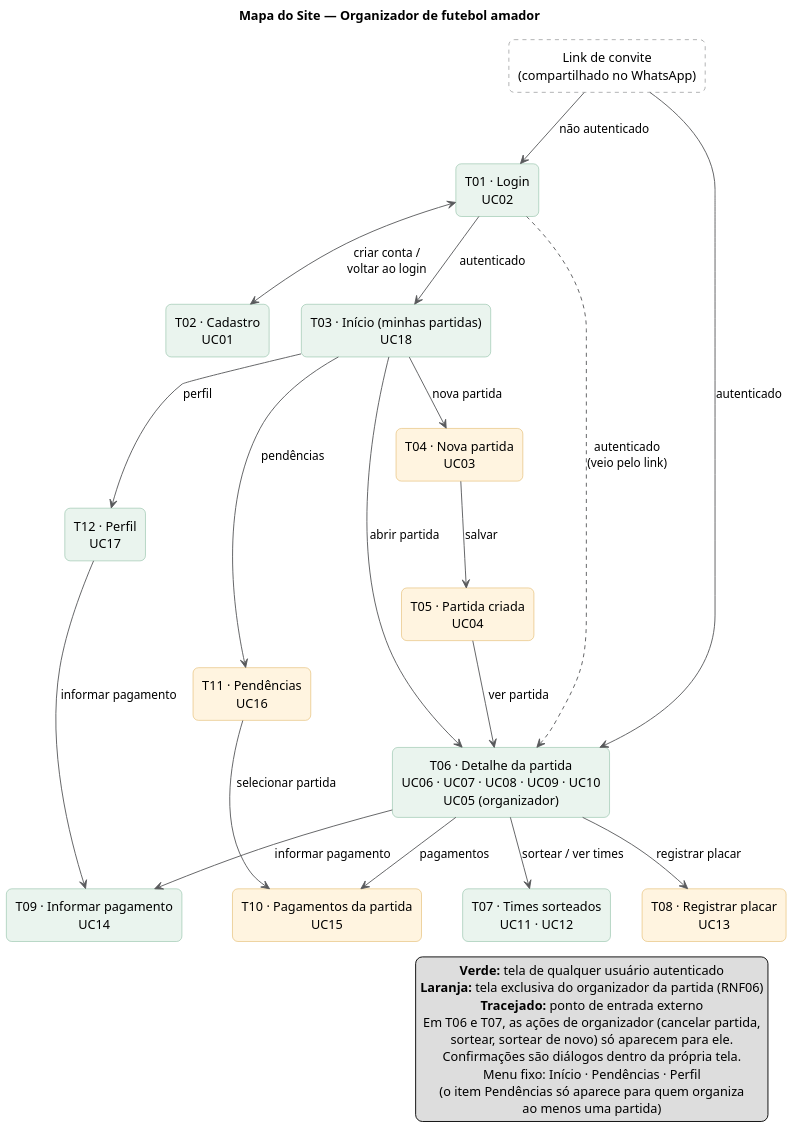
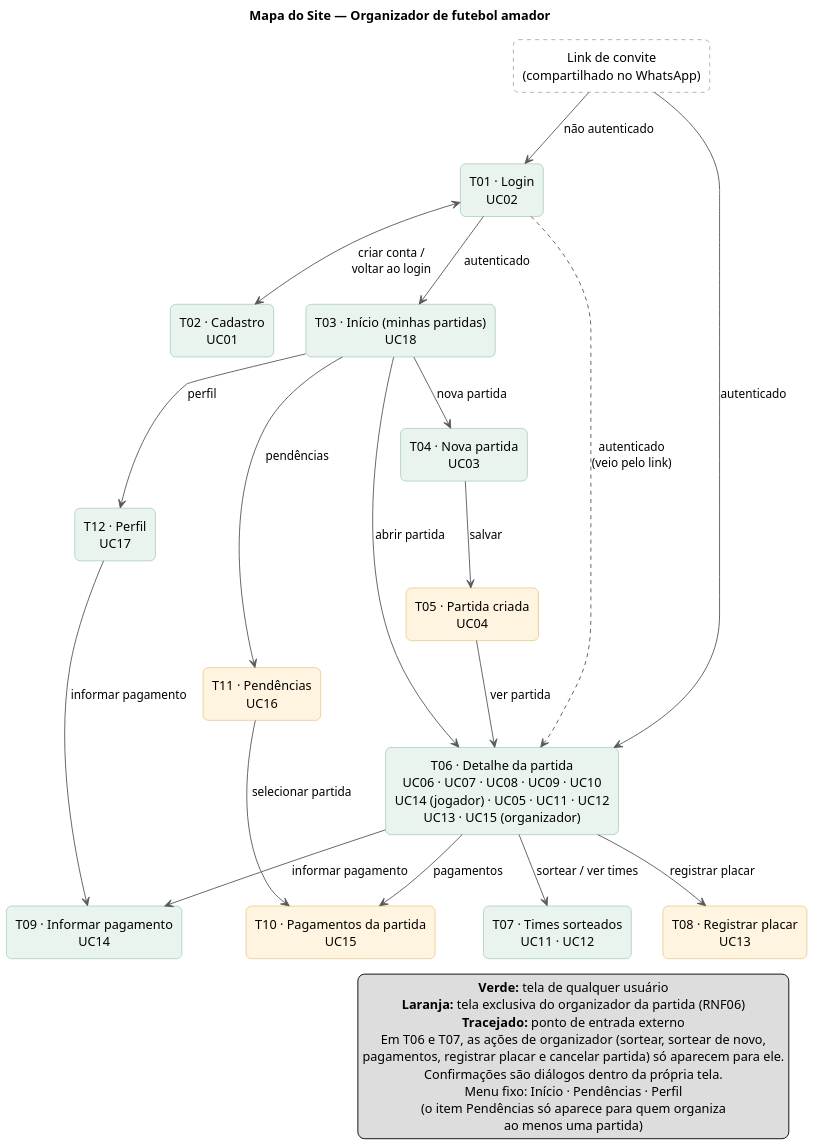
Before and after one commit to VictorAndreon/Organizador-futebol-amador: the diagram in diagramas/mapa_do_site.puml, drawn with PlantUML. The commit also changed 15 other files, not shown here.

```diff
--- a/diagramas/mapa_do_site.puml
+++ b/diagramas/mapa_do_site.puml
@@ -1,81 +1,81 @@
 @startuml mapa_do_site
 title Mapa do Site — Organizador de futebol amador
 
 skinparam dpi 150
 
 skinparam ArrowColor #58595B
 skinparam defaultTextAlignment center
 skinparam rectangle {
   BackgroundColor #EAF4EE
   BorderColor #6FAE8C
   RoundCorner 12
 }
 skinparam rectangle<<organizador>> {
   BackgroundColor #FFF4E0
   BorderColor #D9A441
 }
 skinparam rectangle<<externo>> {
   BackgroundColor #FFFFFF
   BorderColor #58595B
   BorderStyle dashed
 }
 hide stereotype
 
 rectangle "Link de convite\n(compartilhado no WhatsApp)" as Link <<externo>>
 
 rectangle "T01 · Login\nUC02" as T01
 rectangle "T02 · Cadastro\nUC01" as T02
 rectangle "T03 · Início (minhas partidas)\nUC18" as T03
 
-rectangle "T04 · Nova partida\nUC03" as T04 <<organizador>>
+rectangle "T04 · Nova partida\nUC03" as T04
 rectangle "T05 · Partida criada\nUC04" as T05 <<organizador>>
 
-rectangle "T06 · Detalhe da partida\nUC06 · UC07 · UC08 · UC09 · UC10\nUC05 (organizador)" as T06
+rectangle "T06 · Detalhe da partida\nUC06 · UC07 · UC08 · UC09 · UC10\nUC14 (jogador) · UC05 · UC11 · UC12\nUC13 · UC15 (organizador)" as T06
 rectangle "T07 · Times sorteados\nUC11 · UC12" as T07
 rectangle "T08 · Registrar placar\nUC13" as T08 <<organizador>>
 rectangle "T09 · Informar pagamento\nUC14" as T09
 rectangle "T10 · Pagamentos da partida\nUC15" as T10 <<organizador>>
 
 rectangle "T11 · Pendências\nUC16" as T11 <<organizador>>
 rectangle "T12 · Perfil\nUC17" as T12
 
 ' Autenticação
 T01 <--> T02 : criar conta /\nvoltar ao login
 T01 --> T03 : autenticado
 Link --> T01 : não autenticado
 Link --> T06 : autenticado
 T01 ..> T06 : autenticado\n(veio pelo link)
 
 ' Início
 T03 --> T04 : nova partida
 T03 --> T06 : abrir partida
 T03 --> T11 : pendências
 T03 --> T12 : perfil
 
 ' Criação
 T04 --> T05 : salvar
 T05 --> T06 : ver partida
 
 ' Partida
 T06 --> T07 : sortear / ver times
 T06 --> T08 : registrar placar
 T06 --> T09 : informar pagamento
 T06 --> T10 : pagamentos
 
 ' Pendências e perfil
 T11 --> T10 : selecionar partida
 T12 --> T09 : informar pagamento
 
 legend right
-  <b>Verde:</b> tela de qualquer usuário autenticado
+  <b>Verde:</b> tela de qualquer usuário
   <b>Laranja:</b> tela exclusiva do organizador da partida (RNF06)
   <b>Tracejado:</b> ponto de entrada externo
-  Em T06 e T07, as ações de organizador (cancelar partida,
-  sortear, sortear de novo) só aparecem para ele.
+  Em T06 e T07, as ações de organizador (sortear, sortear de novo,
+  pagamentos, registrar placar e cancelar partida) só aparecem para ele.
   Confirmações são diálogos dentro da própria tela.
   Menu fixo: Início · Pendências · Perfil
   (o item Pendências só aparece para quem organiza
   ao menos uma partida)
 endlegend
 
 @enduml
```
